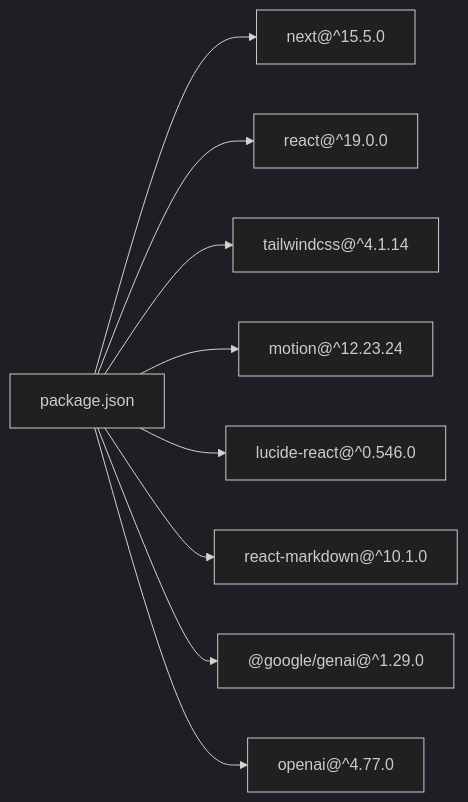
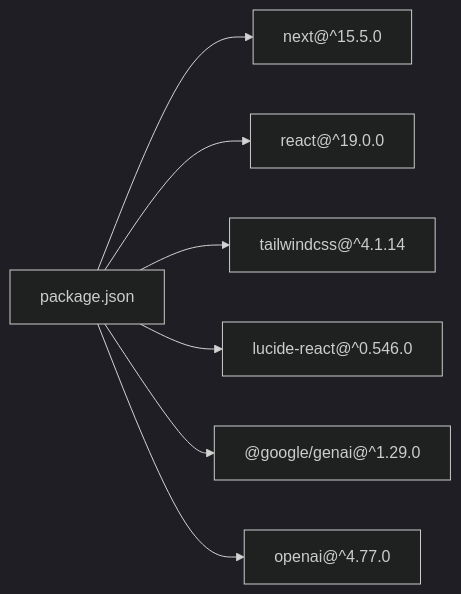
Before and after one commit to Jason-6300/JoyMate: the seventh of 7 diagrams in .qoder/repowiki/zh/content/架构设计/前端架构设计.md, drawn with Mermaid (dark theme). The commit also changed other lines of this file and 7 other files, not shown here.

````diff
--- a/.qoder/repowiki/zh/content/架构设计/前端架构设计.md
+++ b/.qoder/repowiki/zh/content/架构设计/前端架构设计.md
@@ -322,11 +359,9 @@
 ```mermaid
 graph LR
 Pkg["package.json"] --> Next["next@^15.5.0"]
 Pkg --> React["react@^19.0.0"]
 Pkg --> Tailwind["tailwindcss@^4.1.14"]
-Pkg --> Motion["motion@^12.23.24"]
 Pkg --> Icons["lucide-react@^0.546.0"]
-Pkg --> Markdown["react-markdown@^10.1.0"]
 Pkg --> Gemini["@google/genai@^1.29.0"]
 Pkg --> OpenAI["openai@^4.77.0"]
 ```
````
